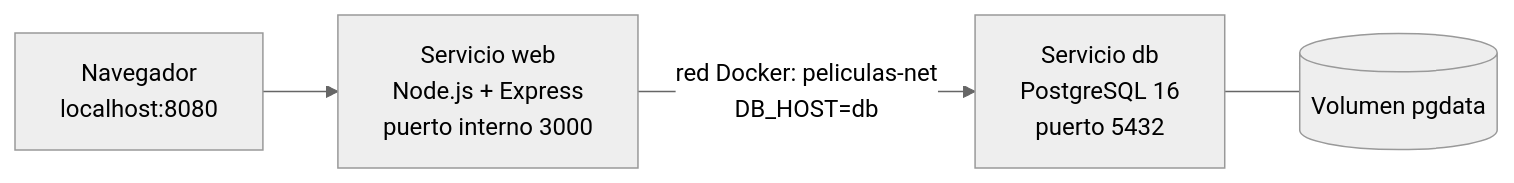
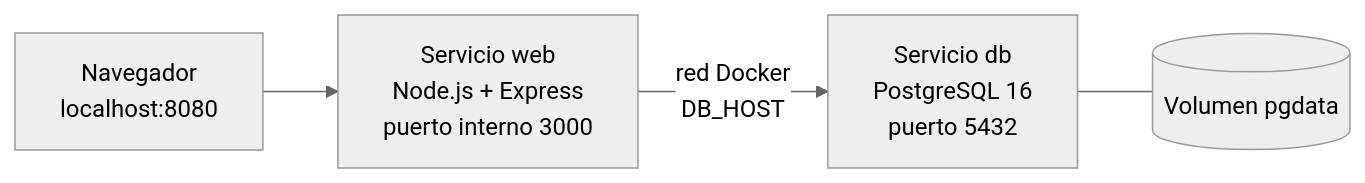
Before and after one commit to GojoSatorouXD/peliculas-devops: the first of 2 diagrams in README.md, drawn with Mermaid (neutral theme). The commit also changed other lines of this file, not shown here.

````diff
--- a/README.md
+++ b/README.md
@@ -26,6 +40,6 @@
 ```mermaid
 flowchart LR
   N["Navegador<br/>localhost:8080"] --> W["Servicio web<br/>Node.js + Express<br/>puerto interno 3000"]
-  W -- "red Docker: peliculas-net<br/>DB_HOST=db" --> D["Servicio db<br/>PostgreSQL 16<br/>puerto 5432"]
+  W -- "red Docker<br/>DB_HOST" --> D["Servicio db<br/>PostgreSQL 16<br/>puerto 5432"]
   D --- V[("Volumen pgdata")]
 ```
````
